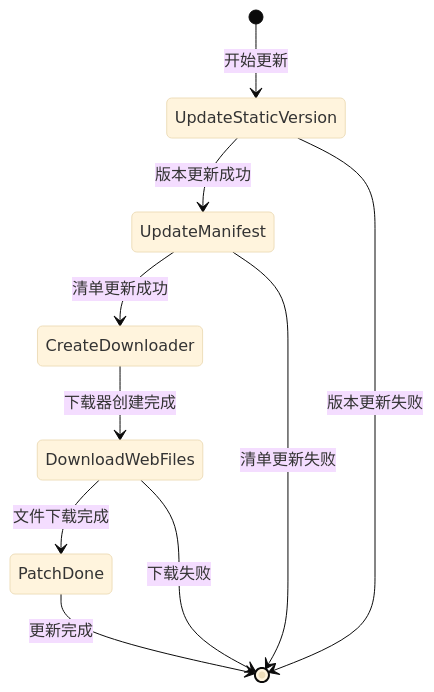
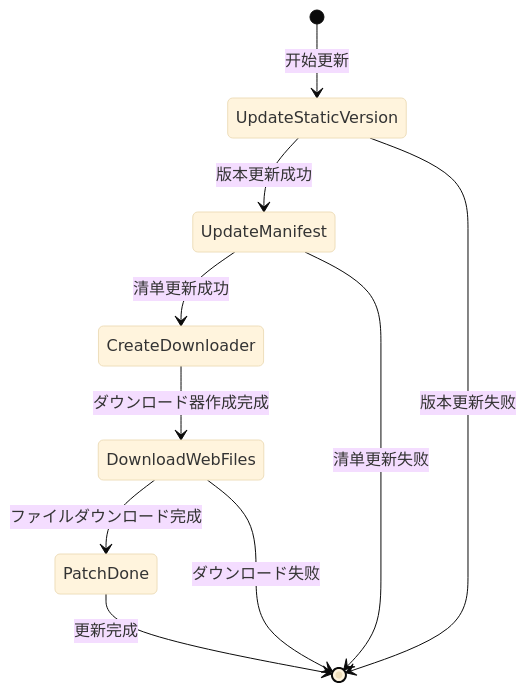
One commit to AlianBlank/GameFrameX.Docs changed the second of 2 diagrams in docs/ja/client/unity/component/asset/13.update-events.md. Above: the diagram before and after it, drawn with Mermaid (base theme). The commit also changed other lines of this file and 603 other files, not shown here.

````diff
--- a/docs/ja/client/unity/component/asset/13.update-events.md
+++ b/docs/ja/client/unity/component/asset/13.update-events.md
@@ -72,13 +72,13 @@
 ```mermaid
 stateDiagram-v2
     [*] --> UpdateStaticVersion: 开始更新
     UpdateStaticVersion --> UpdateManifest: 版本更新成功
     UpdateManifest --> CreateDownloader: 清单更新成功
-    CreateDownloader --> DownloadWebFiles: 下载器创建完成
-    DownloadWebFiles --> PatchDone: 文件下载完成
+    CreateDownloader --> DownloadWebFiles: ダウンロード器作成完成
+    DownloadWebFiles --> PatchDone: ファイルダウンロード完成
     PatchDone --> [*]: 更新完成
     
     UpdateStaticVersion --> [*]: 版本更新失败
     UpdateManifest --> [*]: 清单更新失败
-    DownloadWebFiles --> [*]: 下载失败
+    DownloadWebFiles --> [*]: ダウンロード失败
 ```
````
